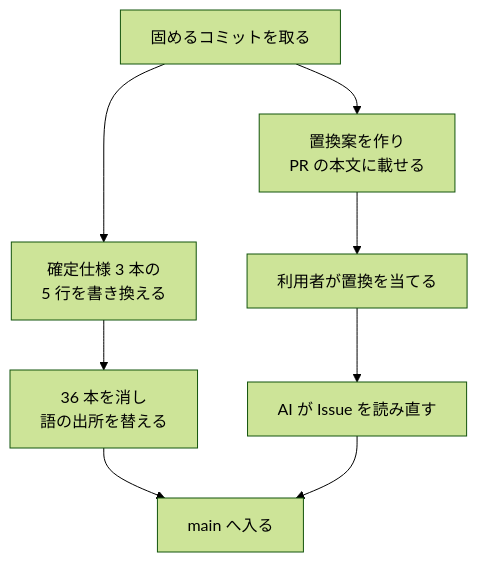
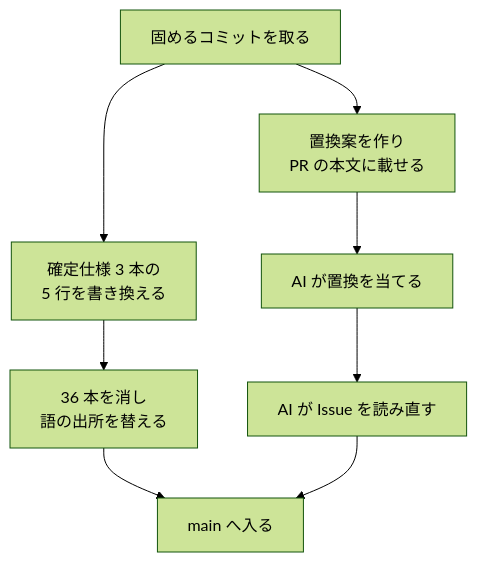
The second of 2 diagrams in issues/issue-3990-design.md (devbasex/ai-plugins), drawn with Mermaid (forest theme) before and after one commit. The commit also changed other lines of this file and 1 other file, not shown here.

````diff
--- a/issues/issue-3990-design.md
+++ b/issues/issue-3990-design.md
@@ -76,10 +80,10 @@
 ```mermaid
 graph TD
     A[固めるコミットを取る] --> B[置換案を作り<br/>PR の本文に載せる]
     A --> C[確定仕様 3 本の<br/>5 行を書き換える]
     C --> E[36 本を消し<br/>語の出所を替える]
-    B --> F[利用者が置換を当てる]
+    B --> F[AI が置換を当てる]
     F --> H[AI が Issue を読み直す]
     E --> M[main へ入る]
     H --> M
 ```
````
